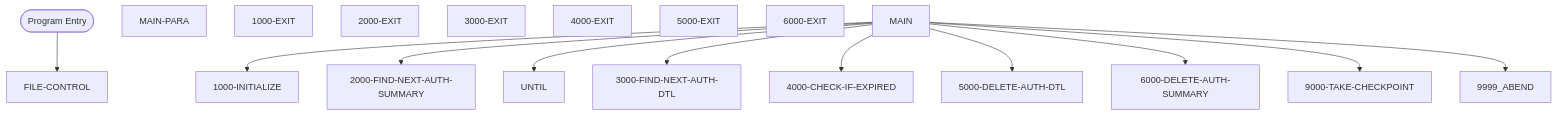
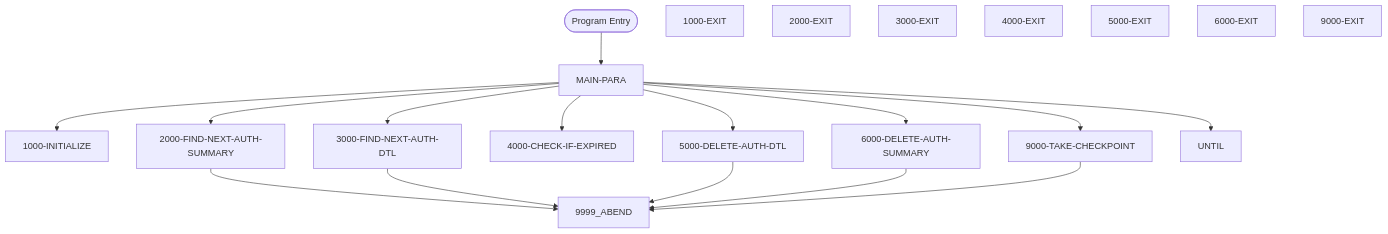
One commit to Arun973150/new_doc changed the second of 2 diagrams in Unisys_doc-main/doc_demo/docs/programs/CBPAUP0C.md. Above: the diagram before and after it, drawn with Mermaid. The commit also changed other lines of this file and 662 other files, not shown here.

````diff
--- a/Unisys_doc-main/doc_demo/docs/programs/CBPAUP0C.md
+++ b/Unisys_doc-main/doc_demo/docs/programs/CBPAUP0C.md
@@ -111,29 +201,33 @@
 ```mermaid
 flowchart TD
     START([Program Entry])
-    FILE_CONTROL["FILE-CONTROL"]
     MAIN_PARA["MAIN-PARA"]
     1000_INITIALIZE["1000-INITIALIZE"]
     1000_EXIT["1000-EXIT"]
     2000_FIND_NEXT_AUTH_SUMMARY["2000-FIND-NEXT-AUTH-SUMMARY"]
     2000_EXIT["2000-EXIT"]
     3000_FIND_NEXT_AUTH_DTL["3000-FIND-NEXT-AUTH-DTL"]
     3000_EXIT["3000-EXIT"]
     4000_CHECK_IF_EXPIRED["4000-CHECK-IF-EXPIRED"]
     4000_EXIT["4000-EXIT"]
     5000_DELETE_AUTH_DTL["5000-DELETE-AUTH-DTL"]
     5000_EXIT["5000-EXIT"]
     6000_DELETE_AUTH_SUMMARY["6000-DELETE-AUTH-SUMMARY"]
     6000_EXIT["6000-EXIT"]
     9000_TAKE_CHECKPOINT["9000-TAKE-CHECKPOINT"]
-    START --> FILE_CONTROL
-    MAIN --> 1000_INITIALIZE
-    MAIN --> 2000_FIND_NEXT_AUTH_SUMMARY
-    MAIN --> UNTIL
-    MAIN --> 3000_FIND_NEXT_AUTH_DTL
-    MAIN --> 4000_CHECK_IF_EXPIRED
-    MAIN --> 5000_DELETE_AUTH_DTL
-    MAIN --> 6000_DELETE_AUTH_SUMMARY
-    MAIN --> 9000_TAKE_CHECKPOINT
-    MAIN --> 9999_ABEND
+    9000_EXIT["9000-EXIT"]
+    START --> MAIN_PARA
+    MAIN_PARA --> 1000_INITIALIZE
+    MAIN_PARA --> 2000_FIND_NEXT_AUTH_SUMMARY
+    MAIN_PARA --> UNTIL
+    MAIN_PARA --> 3000_FIND_NEXT_AUTH_DTL
+    MAIN_PARA --> 4000_CHECK_IF_EXPIRED
+    MAIN_PARA --> 5000_DELETE_AUTH_DTL
+    MAIN_PARA --> 6000_DELETE_AUTH_SUMMARY
+    MAIN_PARA --> 9000_TAKE_CHECKPOINT
+    2000_FIND_NEXT_AUTH_SUMMARY --> 9999_ABEND
+    3000_FIND_NEXT_AUTH_DTL --> 9999_ABEND
+    5000_DELETE_AUTH_DTL --> 9999_ABEND
+    6000_DELETE_AUTH_SUMMARY --> 9999_ABEND
+    9000_TAKE_CHECKPOINT --> 9999_ABEND
 ```
````
